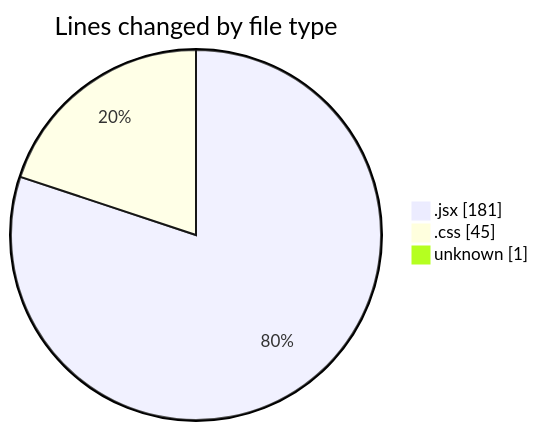
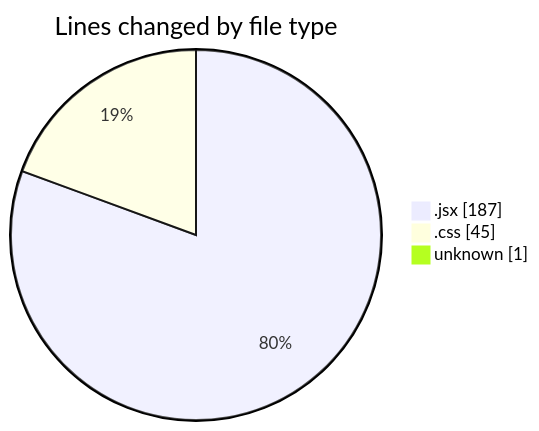
The first of 2 diagrams in 2025-02-06/react_ecom/README.md (Elitesun/code-tracking), drawn with Mermaid before and after one commit. The commit also changed other lines of this file and 1 other file, not shown here.

````diff
--- a/2025-02-06/react_ecom/README.md
+++ b/2025-02-06/react_ecom/README.md
@@ -24,7 +24,7 @@
 ```mermaid
 pie showData
 title Lines changed by file type
-".jsx" : 181
+".jsx" : 187
 ".css" : 45
 "unknown" : 1
 ```
````
